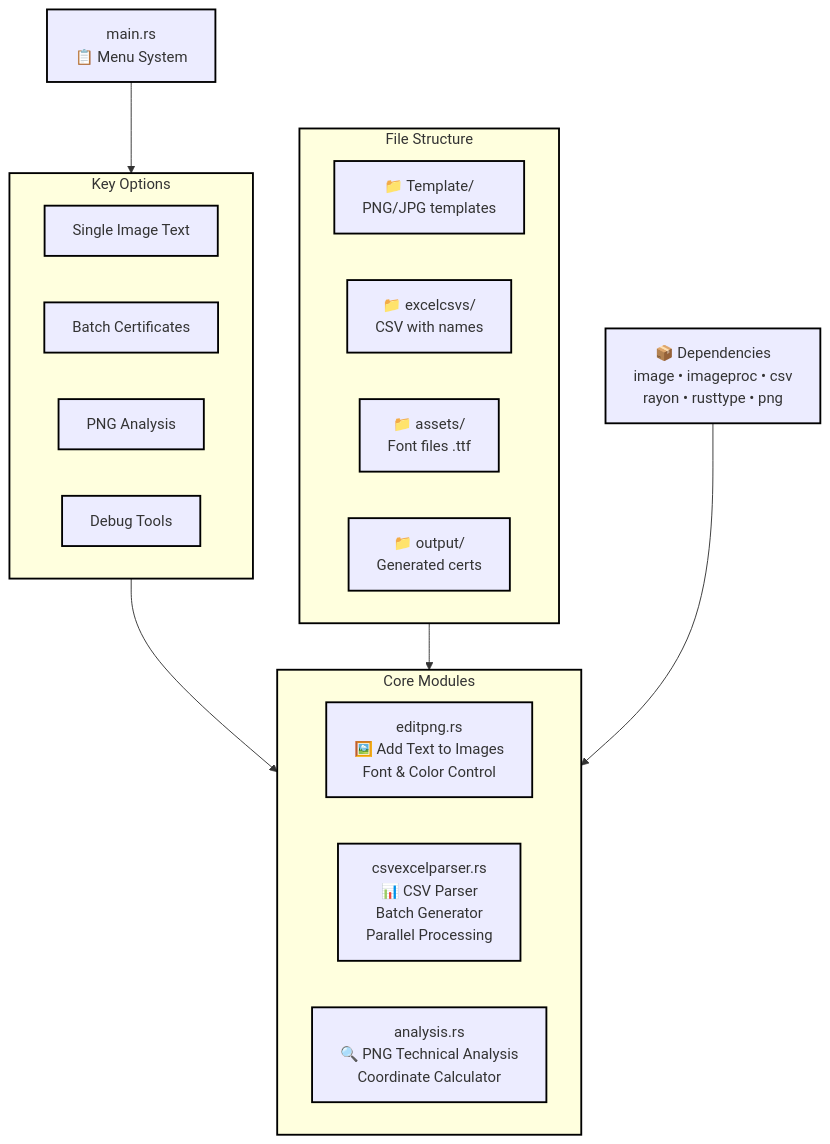
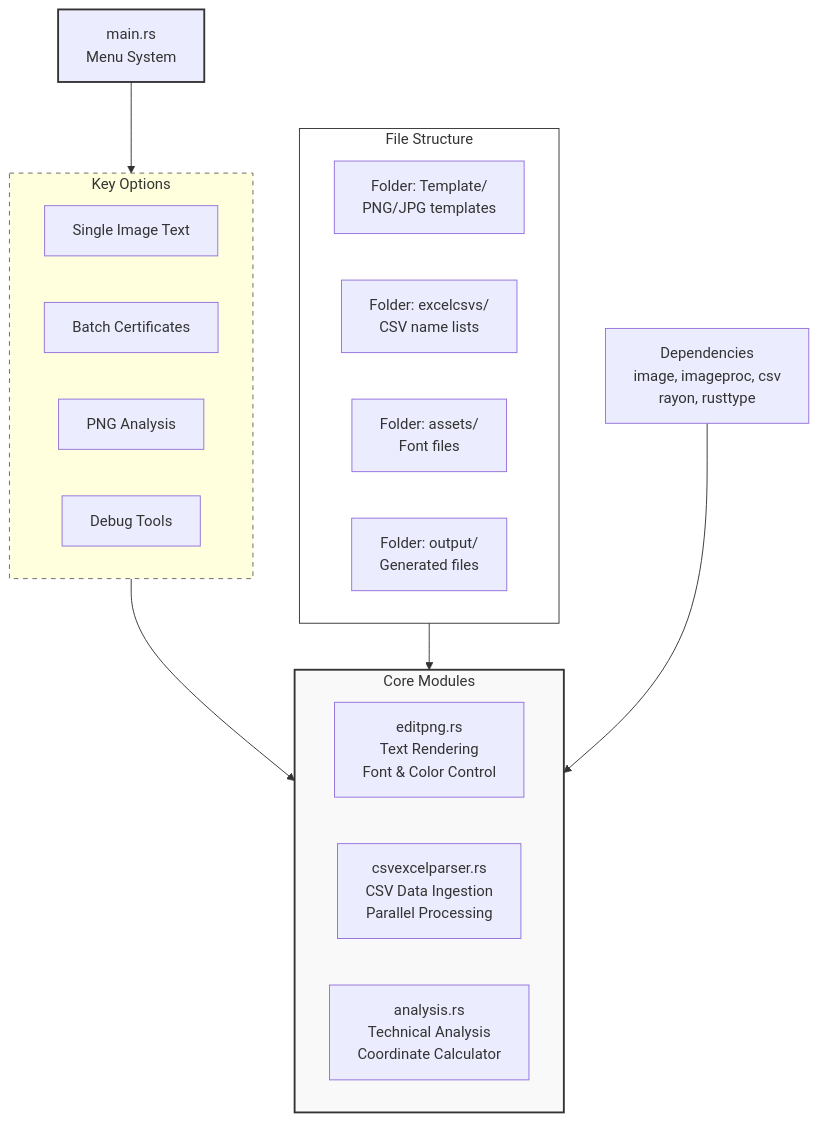
One commit to Not-Buddy/CertiForge changed the diagram in README.md. Above: the diagram before and after it, drawn with Mermaid. The commit also changed other lines of this file, not shown here.

````diff
--- a/README.md
+++ b/README.md
@@ -27,55 +20,43 @@
 ```mermaid
 graph TB
     %% Main Entry
-    CLI[main.rs<br/>📋 Menu System]
+    CLI[main.rs<br/>Menu System]
     
     %% Menu Options
     subgraph Menu[Key Options]
         M1[Single Image Text]
         M2[Batch Certificates]
         M3[PNG Analysis]
         M4[Debug Tools]
     end
     
     %% Core Modules
     subgraph Modules[Core Modules]
-        Edit[editpng.rs<br/>🖼️ Add Text to Images<br/>Font & Color Control]
-        CSV[csvexcelparser.rs<br/>📊 CSV Parser<br/>Batch Generator<br/>Parallel Processing]
-        Analysis[analysis.rs<br/>🔍 PNG Technical Analysis<br/>Coordinate Calculator]
+        Edit[editpng.rs<br/>Text Rendering<br/>Font & Color Control]
+        CSV[csvexcelparser.rs<br/>CSV Data Ingestion<br/>Parallel Processing]
+        Analysis[analysis.rs<br/>Technical Analysis<br/>Coordinate Calculator]
     end
     
     %% Directories
     subgraph Dirs[File Structure]
-        Template[📁 Template/<br/>PNG/JPG templates]
-        Excel[📁 excelcsvs/<br/>CSV with names]
-        Assets[📁 assets/<br/>Font files .ttf]
-        Output[📁 output/<br/>Generated certs]
+        Template[Folder: Template/<br/>PNG/JPG templates]
+        Excel[Folder: excelcsvs/<br/>CSV name lists]
+        Assets[Folder: assets/<br/>Font files]
+        Output[Folder: output/<br/>Generated files]
     end
     
     %% Dependencies
-    Deps[📦 Dependencies<br/>image • imageproc • csv<br/>rayon • rusttype • png]
+    Deps[Dependencies<br/>image, imageproc, csv<br/>rayon, rusttype]
     
     %% Connections
     CLI --> Menu
     Menu --> Modules
     Dirs --> Modules
     Deps --> Modules
     
     %% Styling
-    style CLI stroke:#000,stroke-width:2px
-    style M1 stroke:#000,stroke-width:2px
-    style M2 stroke:#000,stroke-width:2px
-    style M3 stroke:#000,stroke-width:2px
-    style M4 stroke:#000,stroke-width:2px
-    style Edit stroke:#000,stroke-width:2px
-    style CSV stroke:#000,stroke-width:2px
-    style Analysis stroke:#000,stroke-width:2px
-    style Template stroke:#000,stroke-width:2px
-    style Excel stroke:#000,stroke-width:2px
-    style Assets stroke:#000,stroke-width:2px
-    style Output stroke:#000,stroke-width:2px
-    style Deps stroke:#000,stroke-width:2px
-    style Menu stroke:#000,stroke-width:2px
-    style Modules stroke:#000,stroke-width:2px
-    style Dirs stroke:#000,stroke-width:2px
+    style CLI stroke:#333,stroke-width:2px
+    style Menu stroke:#666,stroke-dasharray: 5 5
+    style Modules fill:#f9f9f9,stroke:#333,stroke-width:2px
+    style Dirs fill:#fff,stroke:#333
 ```
````
